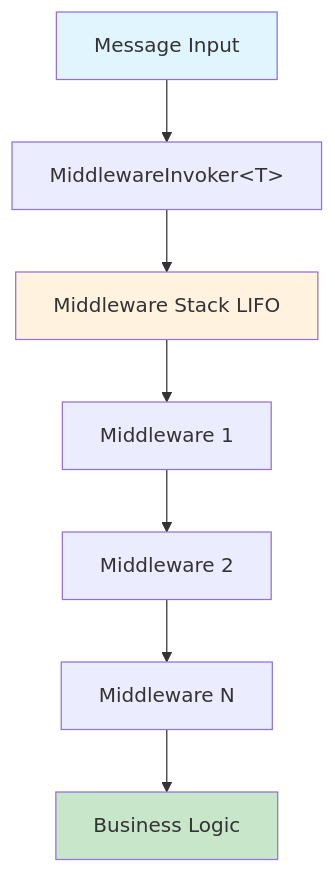
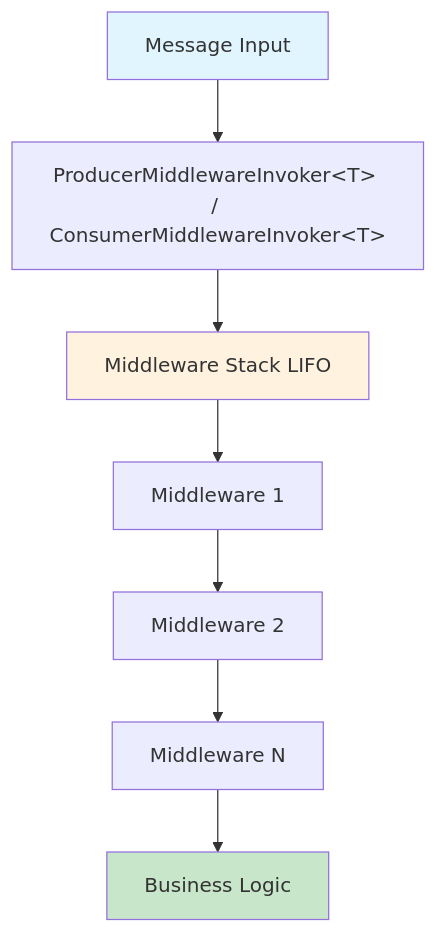
Before and after one commit to cleberMargarida/k-entity-framework: the second of 6 diagrams in docs/architecture/middleware-architecture.md, drawn with Mermaid. The commit also changed 7 other files, not shown here.

````diff
--- a/docs/architecture/middleware-architecture.md
+++ b/docs/architecture/middleware-architecture.md
@@ -35,13 +35,13 @@
 ```mermaid
 graph TD
-    A[Message Input] --> B[MiddlewareInvoker&lt;T&gt;]
+    A[Message Input] --> B[ProducerMiddlewareInvoker&lt;T&gt; / ConsumerMiddlewareInvoker&lt;T&gt;]
     B --> C[Middleware Stack LIFO]
     C --> D[Middleware 1]
     D --> E[Middleware 2]
     E --> F[Middleware N]
     F --> G[Business Logic]
     
     style A fill:#e1f5fe
     style G fill:#c8e6c9
     style C fill:#fff3e0
 ```
````
